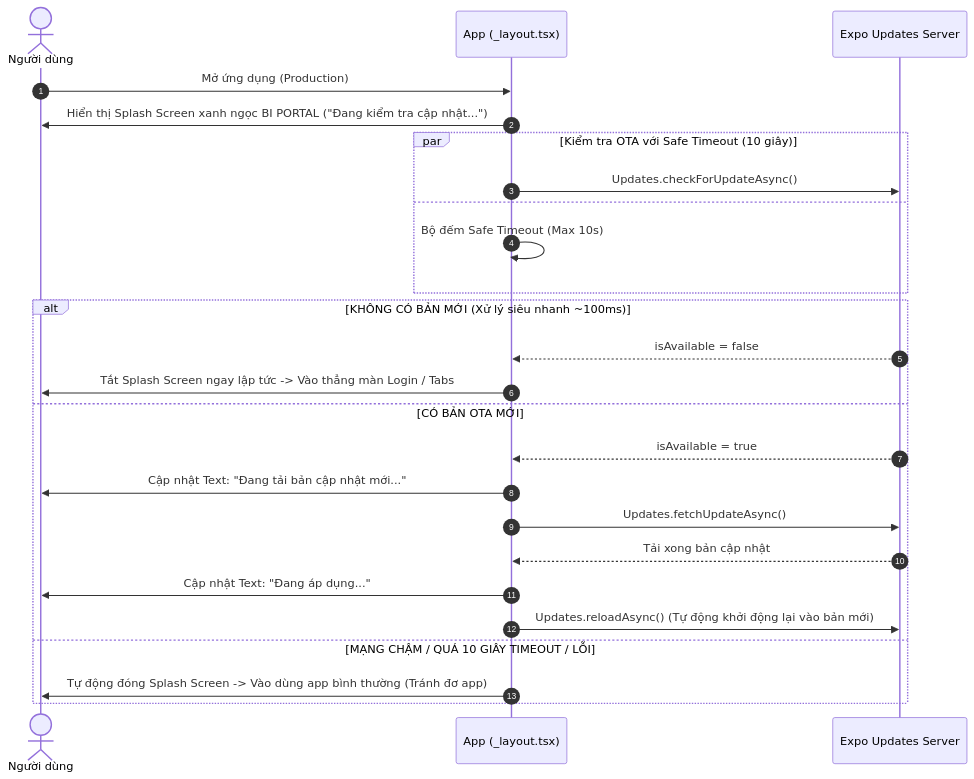
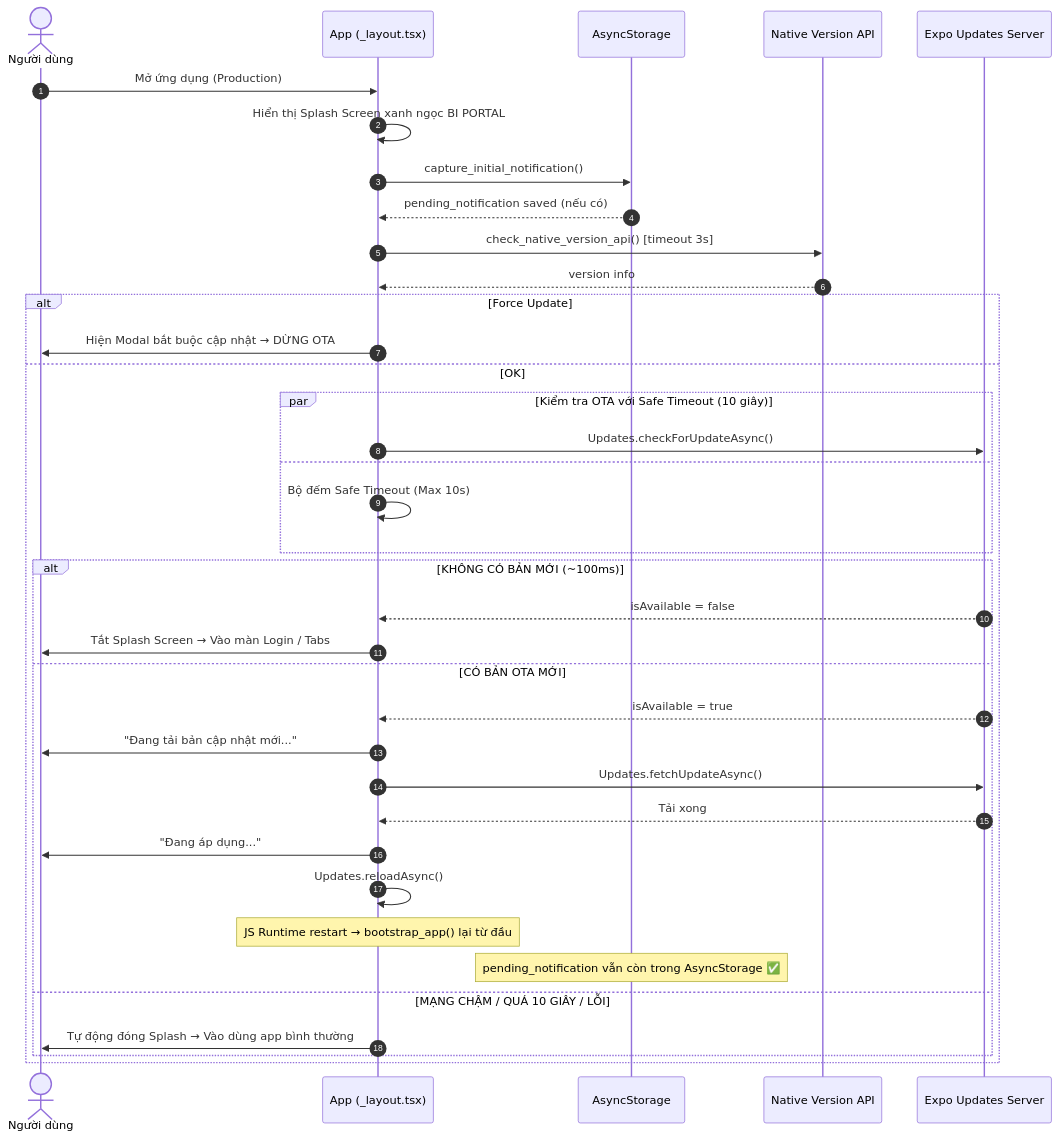
Before and after one commit to duyvanda/fontendapp: the diagram in md/OTA_FLOW.md, drawn with Mermaid. The commit also changed other lines of this file and 31 other files, not shown here.

Commit message:
feat: implement native and OTA update mechanisms with notification handling in root layout

````diff
--- a/md/OTA_FLOW.md
+++ b/md/OTA_FLOW.md
@@ -11,30 +29,43 @@
 ```mermaid
 sequenceDiagram
     autonumber
     actor User as Người dùng
     participant App as App (_layout.tsx)
+    participant Storage as AsyncStorage
+    participant VersionAPI as Native Version API
     participant ExpoUpdates as Expo Updates Server
 
     User->>App: Mở ứng dụng (Production)
-    App->>User: Hiển thị Splash Screen xanh ngọc BI PORTAL ("Đang kiểm tra cập nhật...")
-    
-    par Kiểm tra OTA với Safe Timeout (10 giây)
-        App->>ExpoUpdates: Updates.checkForUpdateAsync()
-    and
-        App->>App: Bộ đếm Safe Timeout (Max 10s)
-    end
+    App->>App: Hiển thị Splash Screen xanh ngọc BI PORTAL
+    App->>Storage: capture_initial_notification()
+    Storage-->>App: pending_notification saved (nếu có)
 
-    alt KHÔNG CÓ BẢN MỚI (Xử lý siêu nhanh ~100ms)
-        ExpoUpdates-->>App: isAvailable = false
-        App->>User: Tắt Splash Screen ngay lập tức -> Vào thẳng màn Login / Tabs
-    else CÓ BẢN OTA MỚI
-        ExpoUpdates-->>App: isAvailable = true
-        App->>User: Cập nhật Text: "Đang tải bản cập nhật mới..."
-        App->>ExpoUpdates: Updates.fetchUpdateAsync()
-        ExpoUpdates-->>App: Tải xong bản cập nhật
-        App->>User: Cập nhật Text: "Đang áp dụng..."
-        App->>ExpoUpdates: Updates.reloadAsync() (Tự động khởi động lại vào bản mới)
-    else MẠNG CHẬM / QUÁ 10 GIÂY TIMEOUT / LỖI
-        App->>User: Tự động đóng Splash Screen -> Vào dùng app bình thường (Tránh đơ app)
+    App->>VersionAPI: check_native_version_api() [timeout 3s]
+    VersionAPI-->>App: version info
+
+    alt Force Update
+        App->>User: Hiện Modal bắt buộc cập nhật → DỪNG OTA
+    else OK
+        par Kiểm tra OTA với Safe Timeout (10 giây)
+            App->>ExpoUpdates: Updates.checkForUpdateAsync()
+        and
+            App->>App: Bộ đếm Safe Timeout (Max 10s)
+        end
+
+        alt KHÔNG CÓ BẢN MỚI (~100ms)
+            ExpoUpdates-->>App: isAvailable = false
+            App->>User: Tắt Splash Screen → Vào màn Login / Tabs
+        else CÓ BẢN OTA MỚI
+            ExpoUpdates-->>App: isAvailable = true
+            App->>User: "Đang tải bản cập nhật mới..."
+            App->>ExpoUpdates: Updates.fetchUpdateAsync()
+            ExpoUpdates-->>App: Tải xong
+            App->>User: "Đang áp dụng..."
+            App->>App: Updates.reloadAsync()
+            Note over App: JS Runtime restart → bootstrap_app() lại từ đầu
+            Note over Storage: pending_notification vẫn còn trong AsyncStorage ✅
+        else MẠNG CHẬM / QUÁ 10 GIÂY / LỖI
+            App->>User: Tự động đóng Splash → Vào dùng app bình thường
+        end
     end
 ```
````
